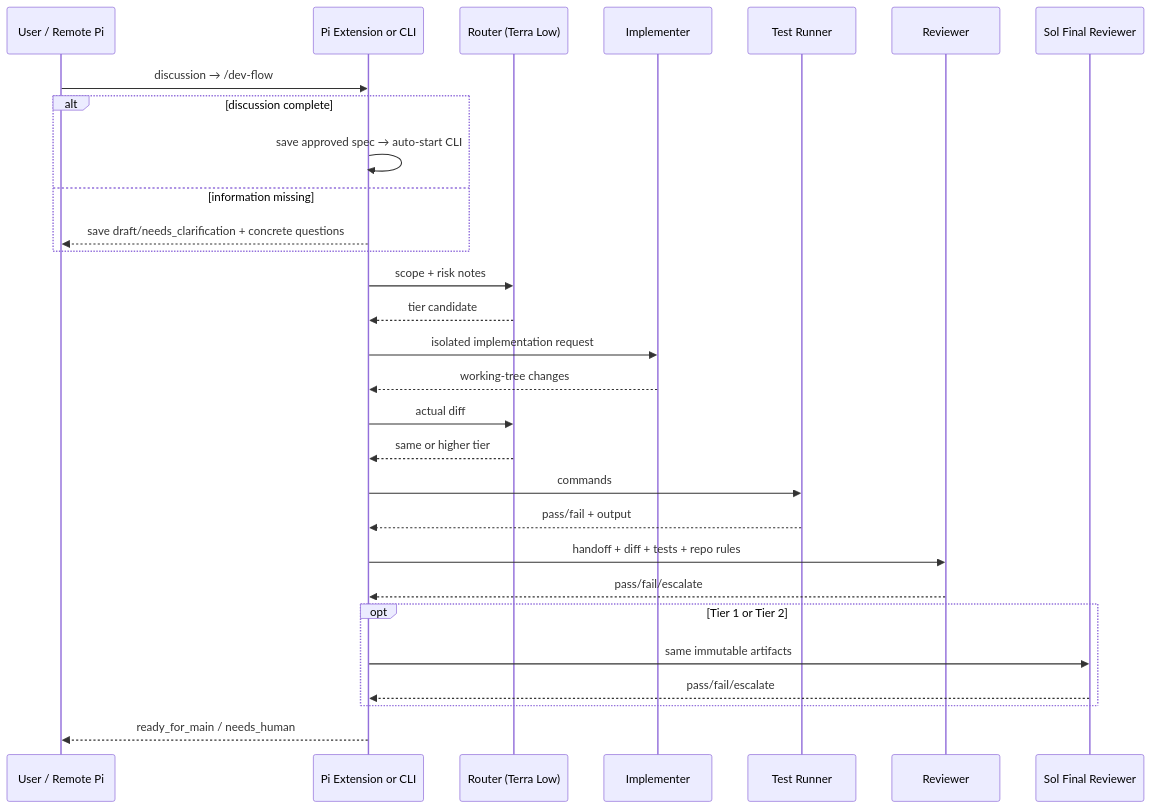
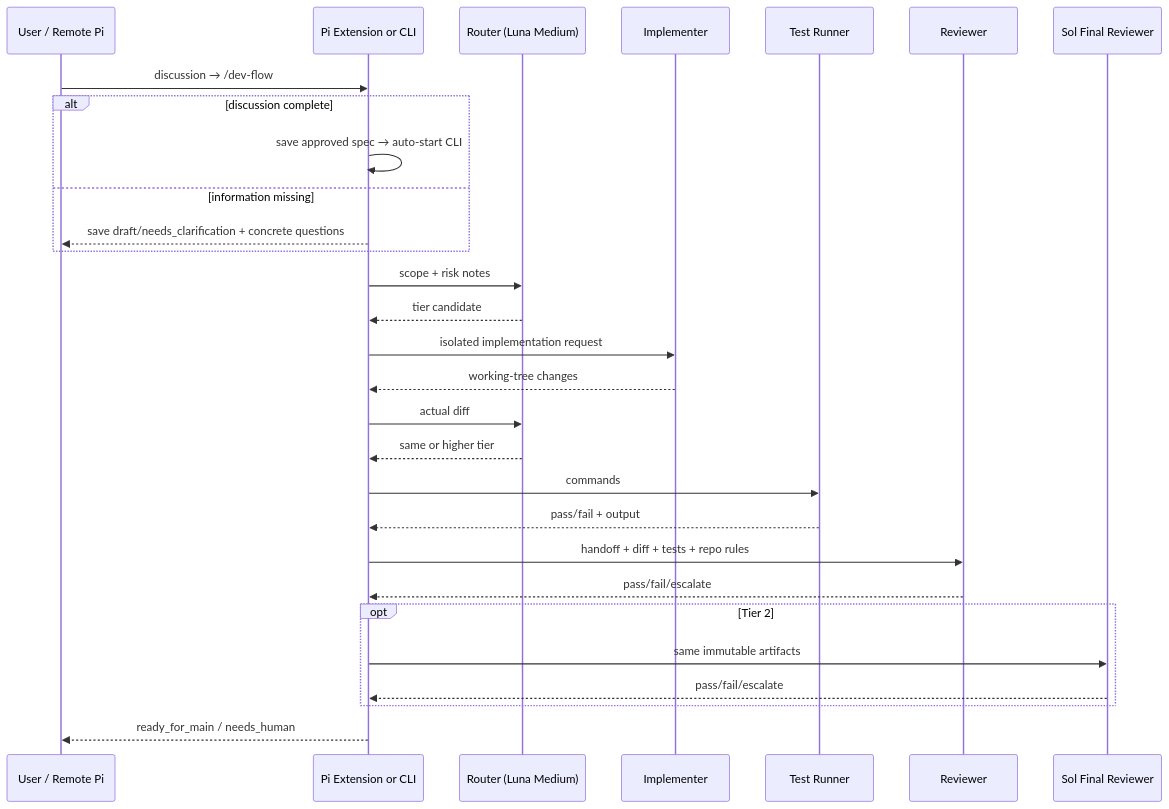
One commit to skai-in-ai/dev-flow changed the diagram in docs/architecture.md. Above: the diagram before and after it, drawn with Mermaid. The commit also changed other lines of this file and 9 other files, not shown here.

````diff
--- a/docs/architecture.md
+++ b/docs/architecture.md
@@ -21,32 +21,32 @@
 ```mermaid
 sequenceDiagram
     participant U as User / Remote Pi
     participant E as Pi Extension or CLI
-    participant R as Router (Terra Low)
+    participant R as Router (Luna Medium)
     participant I as Implementer
     participant T as Test Runner
     participant V as Reviewer
     participant S as Sol Final Reviewer
 
     U->>E: discussion → /dev-flow
     alt discussion complete
       E->>E: save approved spec → auto-start CLI
     else information missing
       E-->>U: save draft/needs_clarification + concrete questions
     end
     E->>R: scope + risk notes
     R-->>E: tier candidate
     E->>I: isolated implementation request
     I-->>E: working-tree changes
     E->>R: actual diff
     R-->>E: same or higher tier
     E->>T: commands
     T-->>E: pass/fail + output
     E->>V: handoff + diff + tests + repo rules
     V-->>E: pass/fail/escalate
-    opt Tier 1 or Tier 2
+    opt Tier 2
       E->>S: same immutable artifacts
       S-->>E: pass/fail/escalate
     end
     E-->>U: ready_for_main / needs_human
 ```
````
